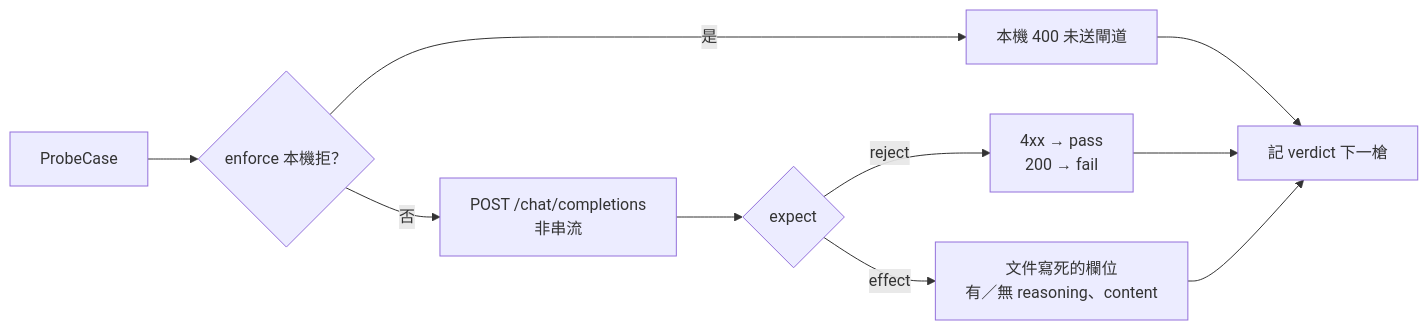
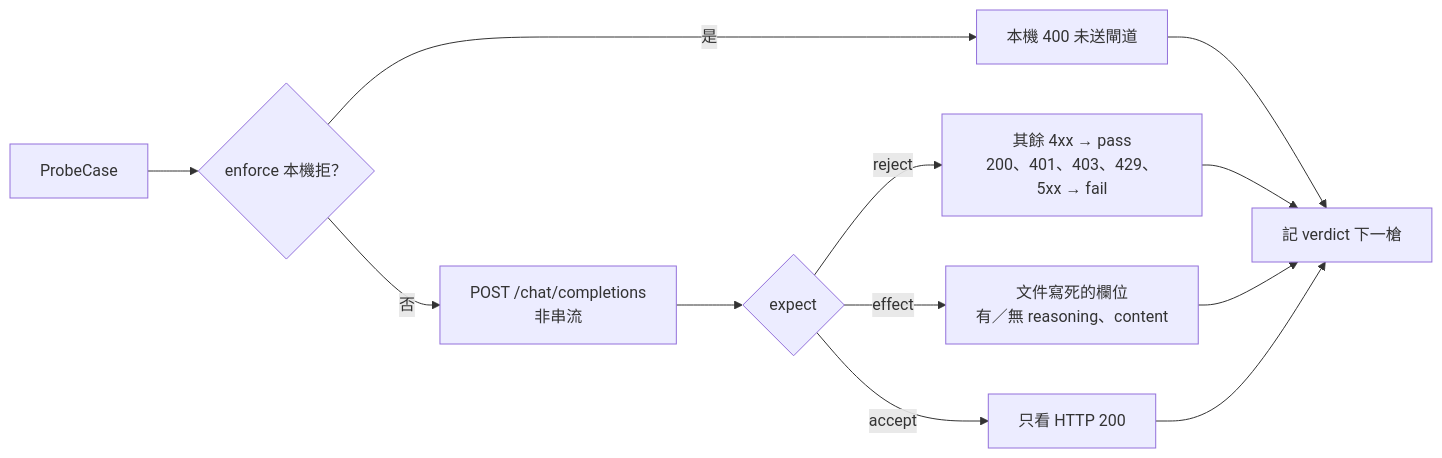
One commit to eric4057/model-chat-completions-params changed the second of 3 diagrams in FLOWCHART.md. Above: the diagram before and after it, drawn with Mermaid. The commit also changed other lines of this file and 2 other files, not shown here.

````diff
--- a/FLOWCHART.md
+++ b/FLOWCHART.md
@@ -64,12 +69,14 @@
 ```mermaid
 flowchart LR
   Case[ProbeCase] --> Local{enforce 本機拒？}
   Local -->|是| L400[本機 400 未送閘道]
   Local -->|否| Post["POST /chat/completions<br/>非串流"]
   Post --> Exp{expect}
-  Exp -->|reject| Rej["4xx → pass<br/>200 → fail"]
+  Exp -->|reject| Rej["其餘 4xx → pass<br/>200、401、403、429、5xx → fail"]
   Exp -->|effect| Fields["文件寫死的欄位<br/>有／無 reasoning、content"]
+  Exp -->|accept| Http["只看 HTTP 200"]
   L400 --> Next[記 verdict 下一槍]
   Rej --> Next
   Fields --> Next
+  Http --> Next
 ```
````
